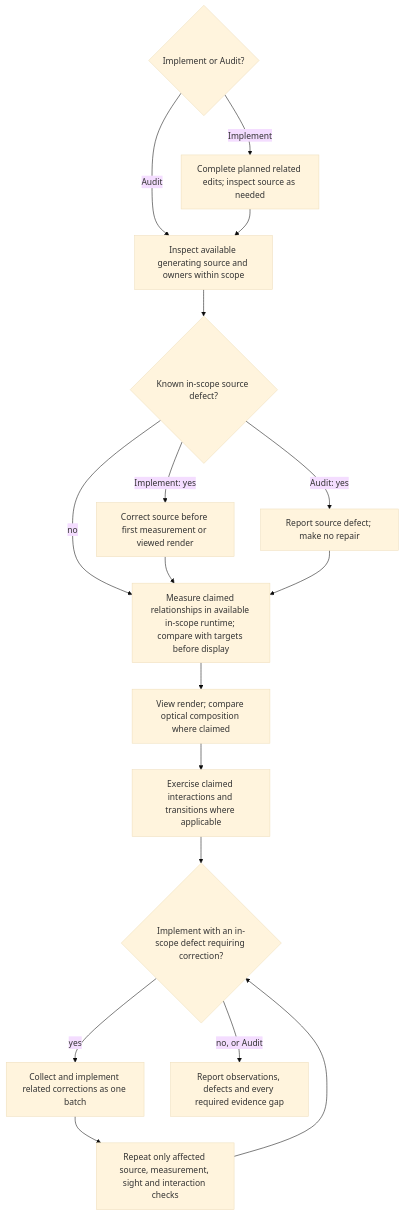
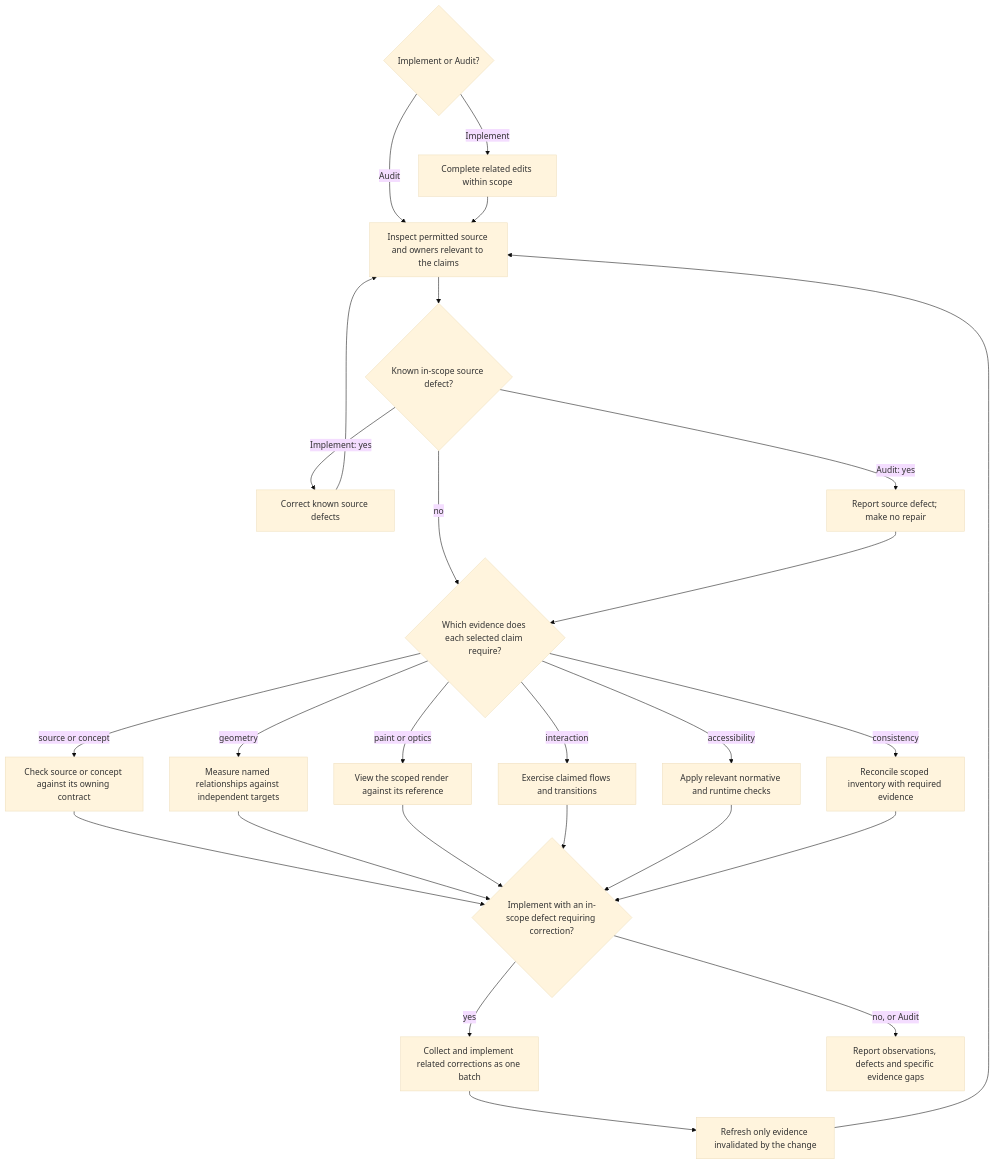
One commit to benjaminstelzer/scoville-suite-for-codex-mainloop changed the diagram in members/scoville-ui/scoville-ui/references/validation.md. Above: the diagram before and after it, drawn with Mermaid (base theme). The commit also changed other lines of this file and 559 other files, not shown here.

````diff
--- a/members/scoville-ui/scoville-ui/references/validation.md
+++ b/members/scoville-ui/scoville-ui/references/validation.md
@@ -104,20 +100,29 @@
 ```mermaid
 flowchart TD
   mode{"Implement or Audit?"}
-  mode -->|Implement| batch["Complete planned related edits; inspect source as needed"]
-  mode -->|Audit| source["Inspect available generating source and owners within scope"]
+  mode -->|Implement| batch["Complete related edits within scope"]
+  mode -->|Audit| source["Inspect permitted source and owners relevant to the claims"]
   batch --> source
   source --> defect{"Known in-scope source defect?"}
-  defect -->|Implement: yes| fix["Correct source before first measurement or viewed render"]
+  defect -->|Implement: yes| fix["Correct known source defects"]
   defect -->|Audit: yes| note["Report source defect; make no repair"]
-  defect -->|no| measure["Measure claimed relationships in available in-scope runtime; compare with targets before display"]
-  fix --> measure
-  note --> measure
-  measure --> sight["View render; compare optical composition where claimed"]
-  sight --> interact["Exercise claimed interactions and transitions where applicable"]
-  interact --> result{"Implement with an in-scope defect requiring correction?"}
+  defect -->|no| claim{"Which evidence does each selected claim require?"}
+  fix --> source
+  note --> claim
+  claim -->|source or concept| reasoning["Check source or concept against its owning contract"]
+  claim -->|geometry| measure["Measure named relationships against independent targets"]
+  claim -->|paint or optics| sight["View the scoped render against its reference"]
+  claim -->|interaction| interact["Exercise claimed flows and transitions"]
+  claim -->|accessibility| access["Apply relevant normative and runtime checks"]
+  claim -->|consistency| coverage["Reconcile scoped inventory with required evidence"]
+  reasoning --> result{"Implement with an in-scope defect requiring correction?"}
+  measure --> result
+  sight --> result
+  interact --> result
+  access --> result
+  coverage --> result
   result -->|yes| correct["Collect and implement related corrections as one batch"]
-  correct --> refresh["Repeat only affected source, measurement, sight and interaction checks"]
-  refresh --> result
-  result -->|no, or Audit| report["Report observations, defects and every required evidence gap"]
+  correct --> refresh["Refresh only evidence invalidated by the change"]
+  refresh --> source
+  result -->|no, or Audit| report["Report observations, defects and specific evidence gaps"]
 ```
````
